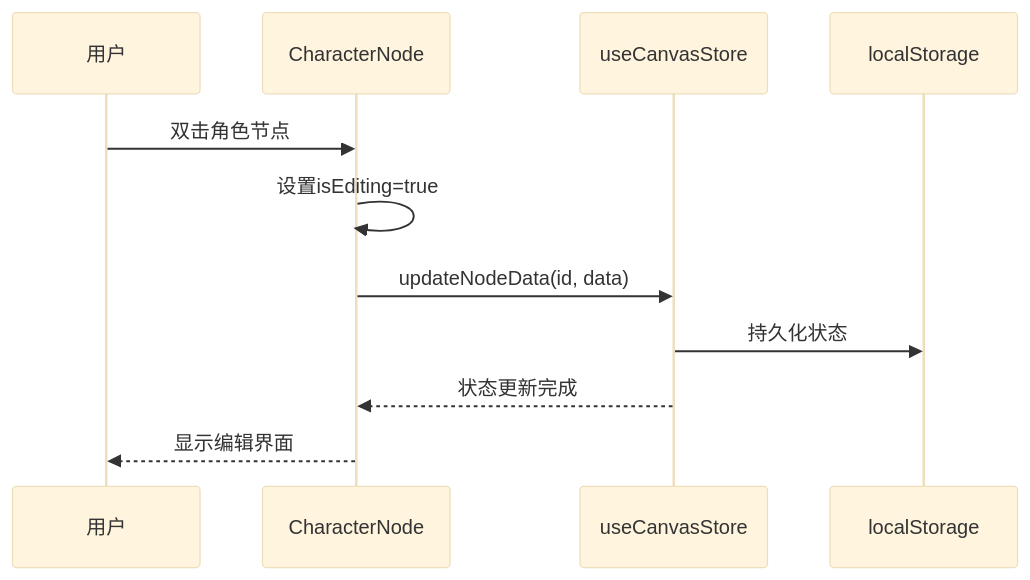
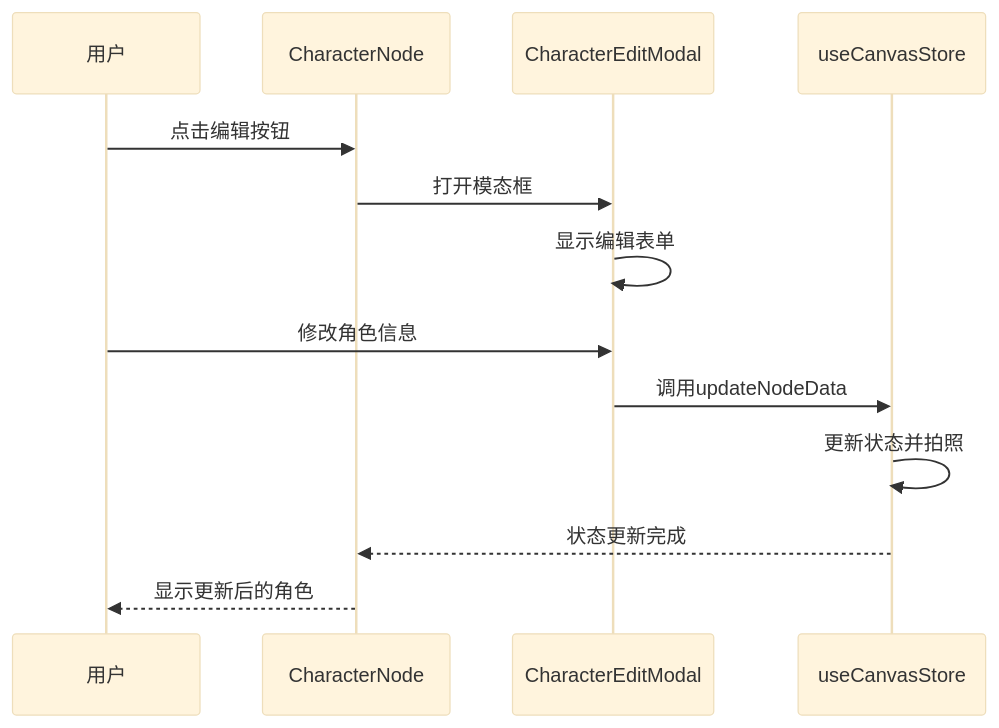
One commit to KunLabAI/KunFlix changed the fourth of 11 diagrams in .qoder/repowiki/zh/content/系统架构/前端架构/画布故事编辑器.md. Above: the diagram before and after it, drawn with Mermaid (base theme). The commit also changed other lines of this file and 155 other files, not shown here.

````diff
--- a/.qoder/repowiki/zh/content/系统架构/前端架构/画布故事编辑器.md
+++ b/.qoder/repowiki/zh/content/系统架构/前端架构/画布故事编辑器.md
@@ -172,13 +223,15 @@
 ```mermaid
 sequenceDiagram
 participant U as 用户
 participant CN as CharacterNode
+participant CEM as CharacterEditModal
 participant CS as useCanvasStore
-participant LS as localStorage
-U->>CN : 双击角色节点
-CN->>CN : 设置isEditing=true
-CN->>CS : updateNodeData(id, data)
-CS->>LS : 持久化状态
+U->>CN : 点击编辑按钮
+CN->>CEM : 打开模态框
+CEM->>CEM : 显示编辑表单
+U->>CEM : 修改角色信息
+CEM->>CS : 调用updateNodeData
+CS->>CS : 更新状态并拍照
 CS-->>CN : 状态更新完成
-CN-->>U : 显示编辑界面
+CN-->>U : 显示更新后的角色
 ```
````
